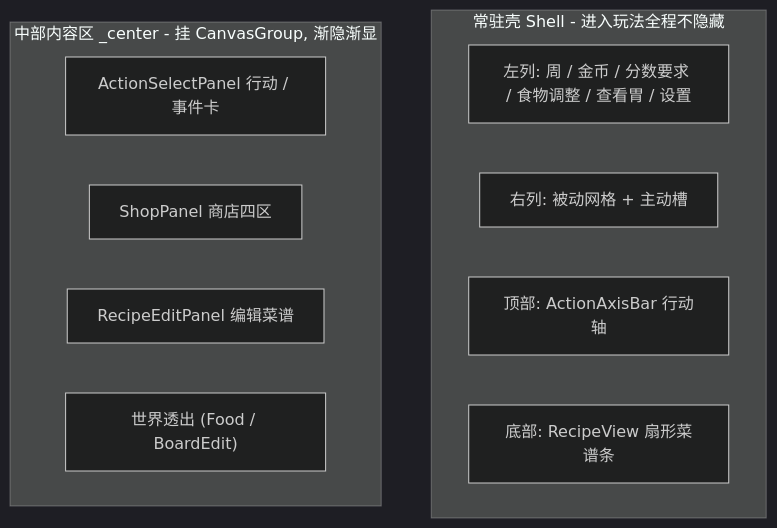
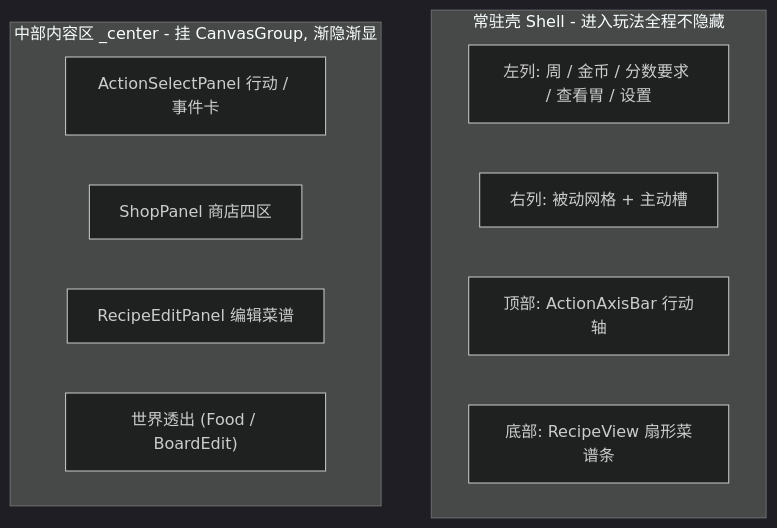
Before and after one commit to 2563495284/gourmetproject: the first of 3 diagrams in GourmetProject/docs/design/游戏设计/界面.md, drawn with Mermaid (dark theme). The commit also changed other lines of this file and 40 other files, not shown here.

````diff
--- a/GourmetProject/docs/design/游戏设计/界面.md
+++ b/GourmetProject/docs/design/游戏设计/界面.md
@@ -26,15 +26,15 @@
 ```mermaid
 flowchart TB
   subgraph shell [常驻壳 Shell - 进入玩法全程不隐藏]
-    Left["左列: 周 / 金币 / 分数要求 / 食物调整 / 查看胃 / 设置"]
+    Left["左列: 周 / 金币 / 分数要求 / 查看胃 / 设置"]
     Right["右列: 被动网格 + 主动槽"]
     Axis["顶部: ActionAxisBar 行动轴"]
     Recipe["底部: RecipeView 扇形菜谱条"]
   end
   subgraph center [中部内容区 _center - 挂 CanvasGroup, 渐隐渐显]
     C1["ActionSelectPanel 行动 / 事件卡"]
     C2["ShopPanel 商店四区"]
     C3["RecipeEditPanel 编辑菜谱"]
     C4["世界透出 (Food / BoardEdit)"]
   end
 ```
````
